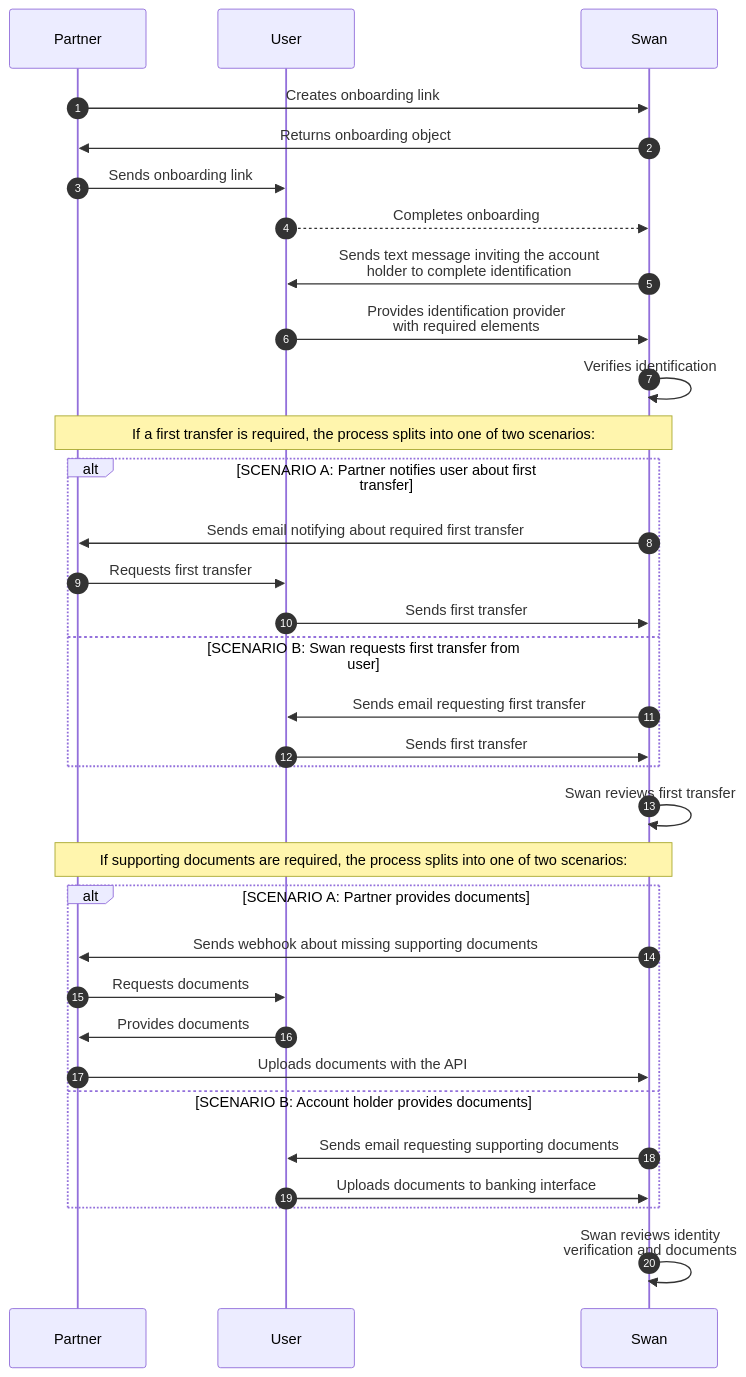
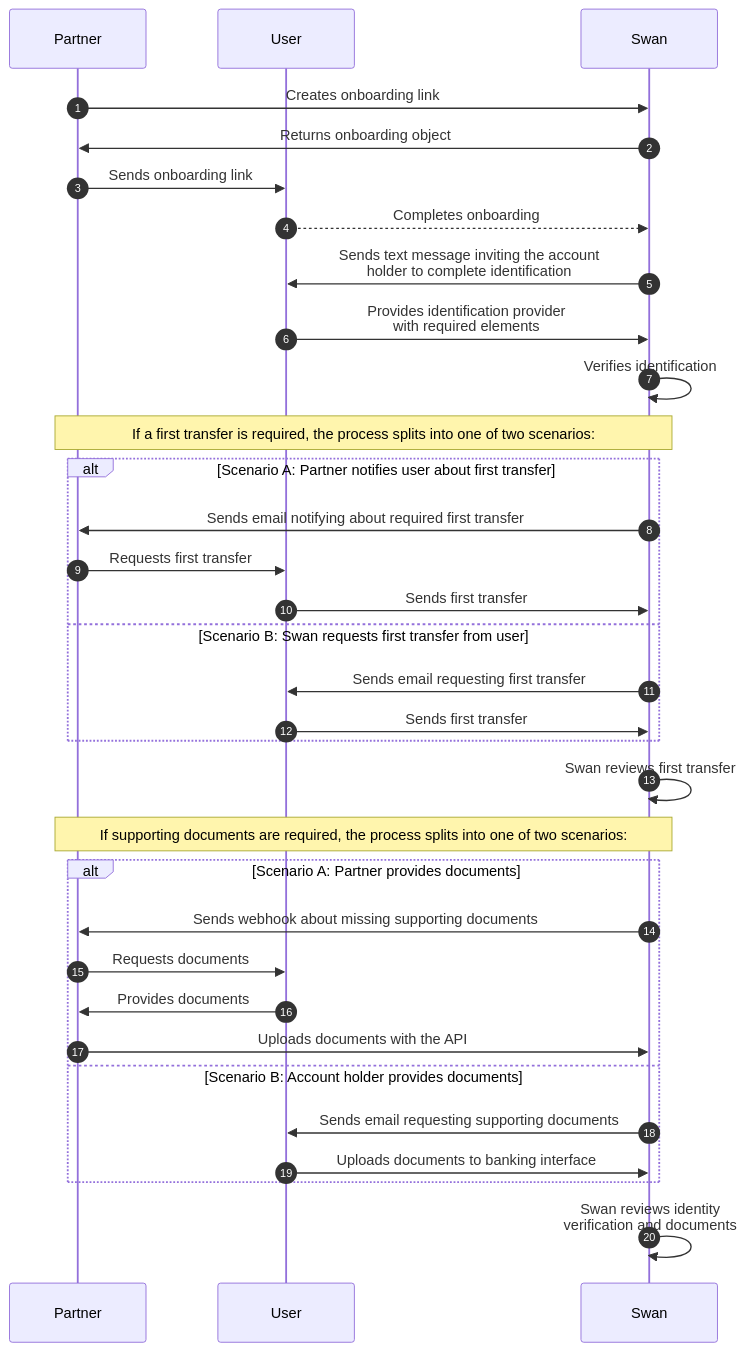
The second of 2 diagrams in docs/accounts/concepts/account-holders/verification.mdx (swan-io/docs), drawn with Mermaid before and after one commit. The commit also changed other lines of this file and 84 other files, not shown here.

````diff
--- a/docs/accounts/concepts/account-holders/verification.mdx
+++ b/docs/accounts/concepts/account-holders/verification.mdx
@@ -82,37 +82,37 @@
 ```mermaid
 sequenceDiagram
 autonumber
 participant P as Partner
 participant U as User
 participant S as Swan
     P ->> S: Creates onboarding link
     S ->> P: Returns onboarding object
     P ->> U: Sends onboarding link
     U -->> S: Completes onboarding
     S ->> U: Sends text message inviting the account<br/>holder to complete identification
     U ->> S: Provides identification provider<br/>with required elements
     S ->> S: Verifies identification
 
     note over P,S: If a first transfer is required, the process splits into one of two scenarios:
-    alt SCENARIO A: Partner notifies user about first transfer
+    alt Scenario A: Partner notifies user about first transfer
         S ->> P: Sends email notifying about required first transfer
         P ->> U: Requests first transfer
         U ->> S: Sends first transfer
-    else SCENARIO B: Swan requests first transfer from user
+    else Scenario B: Swan requests first transfer from user
         S ->> U: Sends email requesting first transfer
         U ->> S: Sends first transfer
     end
     S ->> S: Swan reviews first transfer
 
     note over P,S: If supporting documents are required, the process splits into one of two scenarios:
-    alt SCENARIO A: Partner provides documents
+    alt Scenario A: Partner provides documents
         S ->> P: Sends webhook about missing supporting documents
         P ->> U: Requests documents
         U ->> P: Provides documents
         P ->> S: Uploads documents with the API
-    else SCENARIO B: Account holder provides documents
+    else Scenario B: Account holder provides documents
         S ->> U: Sends email requesting supporting documents
         U ->> S: Uploads documents to banking interface
     end
     S ->> S: Swan reviews identity<br/>verification and documents
 ```
````
